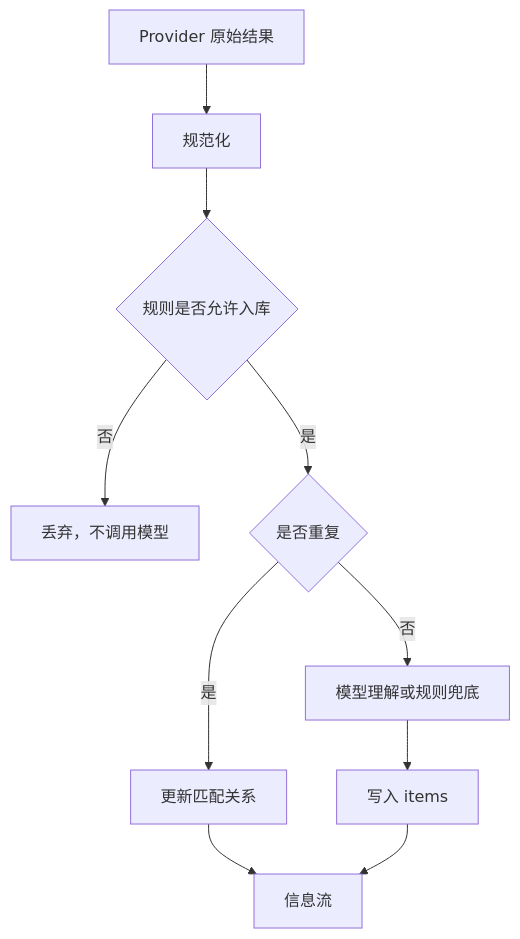
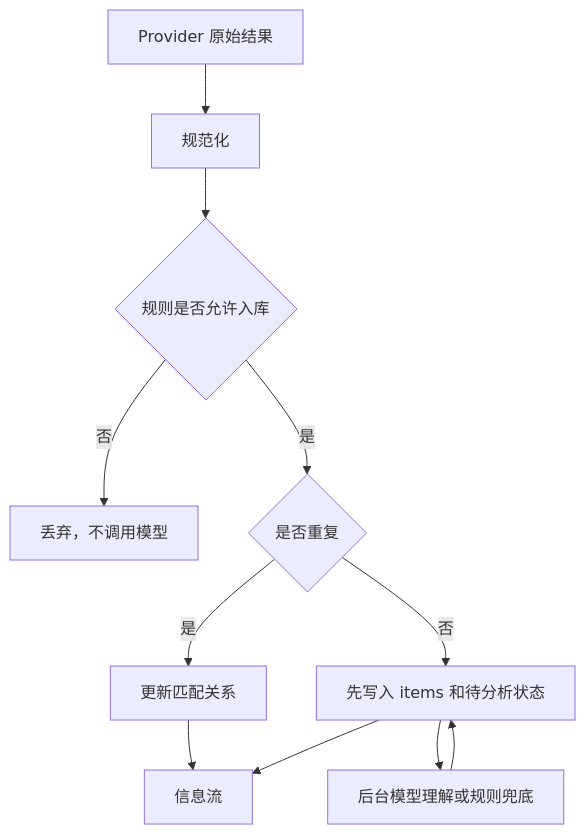
The second of 2 diagrams in docs/project-handbook.md (workagi/jianwei), drawn with Mermaid before and after one commit. The commit also changed other lines of this file and 133 other files, not shown here.

````diff
--- a/docs/project-handbook.md
+++ b/docs/project-handbook.md
@@ -158,12 +160,13 @@
 ```mermaid
 flowchart TD
     A["Provider 原始结果"] --> B["规范化"]
     B --> C{"规则是否允许入库"}
     C -- 否 --> D["丢弃，不调用模型"]
     C -- 是 --> E{"是否重复"}
     E -- 是 --> F["更新匹配关系"]
-    E -- 否 --> G["模型理解或规则兜底"]
-    G --> H["写入 items"]
+    E -- 否 --> H["先写入 items 和待分析状态"]
+    H --> G["后台模型理解或规则兜底"]
+    G --> H
     F --> I["信息流"]
     H --> I
 ```
````
